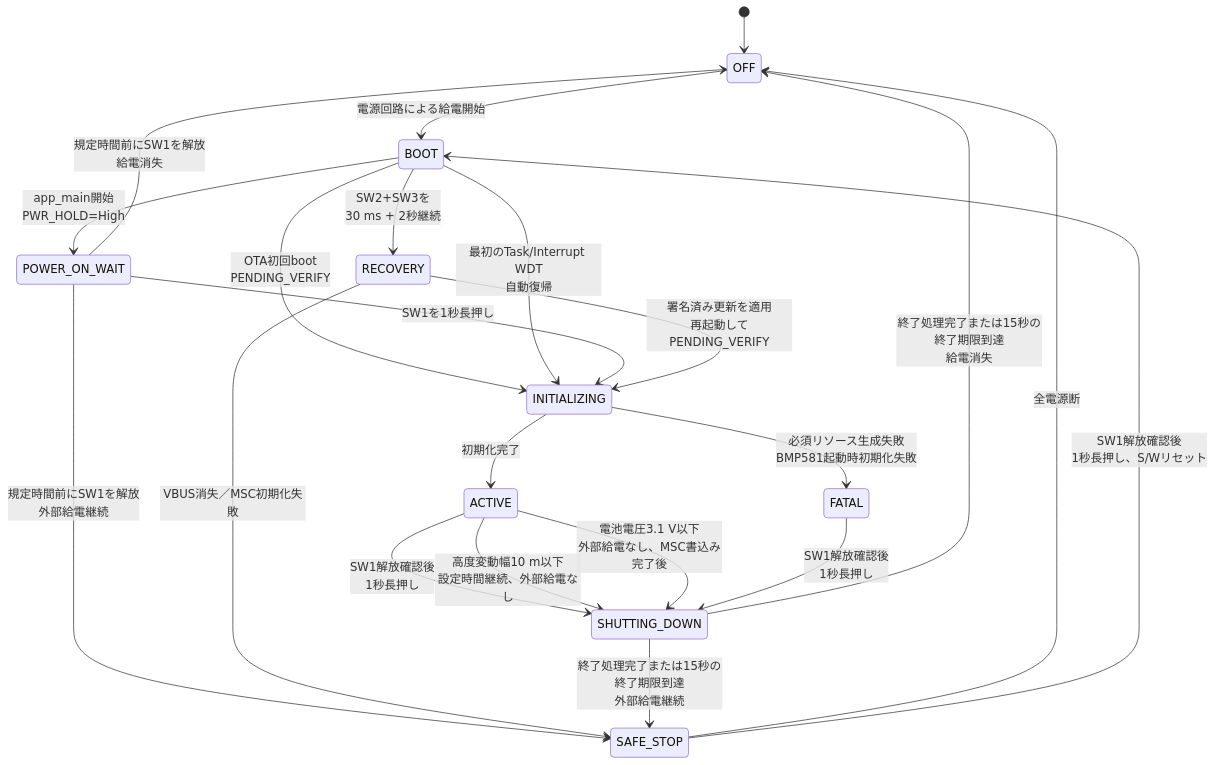
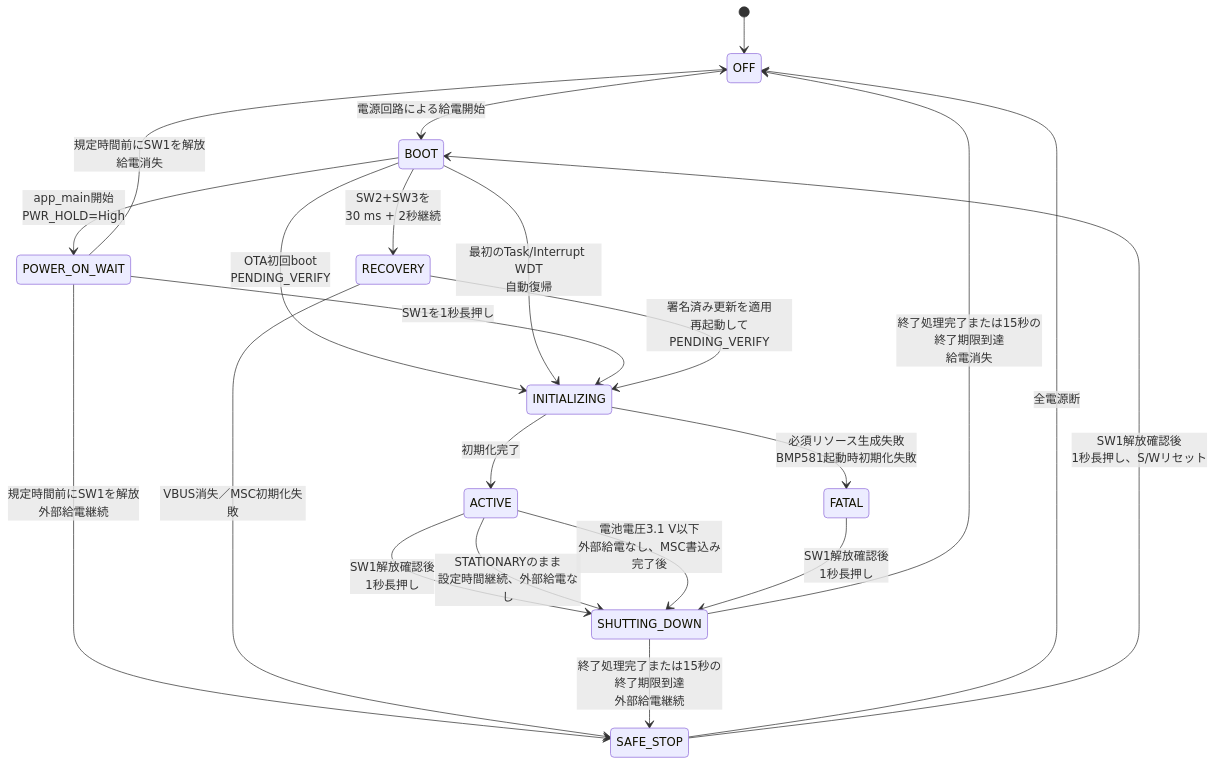
One commit to Satoshi5385/CloudBaseVario changed the first of 2 diagrams in DOC/SW_spec.md. Above: the diagram before and after it, drawn with Mermaid. The commit also changed other lines of this file and 36 other files, not shown here.

````diff
--- a/DOC/SW_spec.md
+++ b/DOC/SW_spec.md
@@ -69,28 +73,28 @@
 ```mermaid
 stateDiagram-v2
     [*] --> OFF
 
     OFF --> BOOT: 電源回路による給電開始
     BOOT --> POWER_ON_WAIT: app_main開始<br/>PWR_HOLD=High
     BOOT --> INITIALIZING: OTA初回boot<br/>PENDING_VERIFY
     BOOT --> INITIALIZING: 最初のTask/Interrupt WDT<br/>自動復帰
     BOOT --> RECOVERY: SW2+SW3を<br/>30 ms + 2秒継続
     POWER_ON_WAIT --> INITIALIZING: SW1を1秒長押し
     POWER_ON_WAIT --> OFF: 規定時間前にSW1を解放<br/>給電消失
     POWER_ON_WAIT --> SAFE_STOP: 規定時間前にSW1を解放<br/>外部給電継続
     INITIALIZING --> ACTIVE: 初期化完了
     RECOVERY --> INITIALIZING: 署名済み更新を適用<br/>再起動してPENDING_VERIFY
     RECOVERY --> SAFE_STOP: VBUS消失／MSC初期化失敗
     INITIALIZING --> FATAL: 必須リソース生成失敗<br/>BMP581起動時初期化失敗
 
     ACTIVE --> SHUTTING_DOWN: SW1解放確認後<br/>1秒長押し
-    ACTIVE --> SHUTTING_DOWN: 高度変動幅10 m以下<br/>設定時間継続、外部給電なし
+    ACTIVE --> SHUTTING_DOWN: STATIONARYのまま<br/>設定時間継続、外部給電なし
     ACTIVE --> SHUTTING_DOWN: 電池電圧3.1 V以下<br/>外部給電なし、MSC書込み完了後
     FATAL --> SHUTTING_DOWN: SW1解放確認後<br/>1秒長押し
 
     SHUTTING_DOWN --> OFF: 終了処理完了または15秒の終了期限到達<br/>給電消失
     SHUTTING_DOWN --> SAFE_STOP: 終了処理完了または15秒の終了期限到達<br/>外部給電継続
 
     SAFE_STOP --> OFF: 全電源断
     SAFE_STOP --> BOOT: SW1解放確認後<br/>1秒長押し、S/Wリセット
 ```
````
